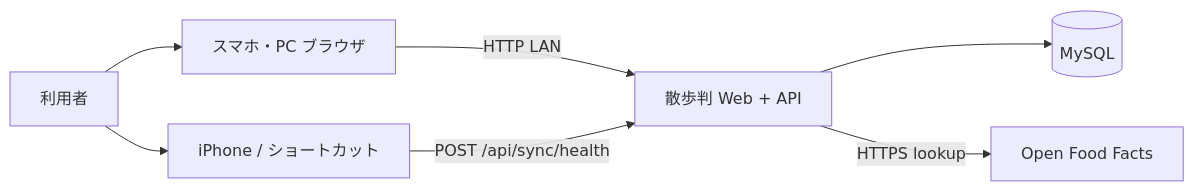
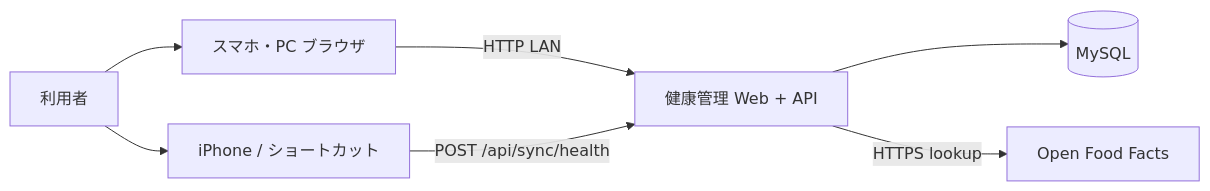
Before and after one commit to dozaemon102/sanpo-ban: the diagram in docs/architecture/system-context.md, drawn with Mermaid. The commit also changed other lines of this file and 5 other files, not shown here.

````diff
--- a/docs/architecture/system-context.md
+++ b/docs/architecture/system-context.md
@@ -19,16 +20,16 @@
 ```mermaid
 flowchart LR
   User[利用者]
   iPhone[iPhone / ショートカット]
   Browser[スマホ・PC ブラウザ]
-  App[散歩判 Web + API]
+  App[健康管理 Web + API]
   MySQL[(MySQL)]
   OFF[Open Food Facts]
 
   User --> Browser
   User --> iPhone
   Browser -->|HTTP LAN| App
   iPhone -->|POST /api/sync/health| App
   App --> MySQL
   App -->|HTTPS lookup| OFF
 ```
````
